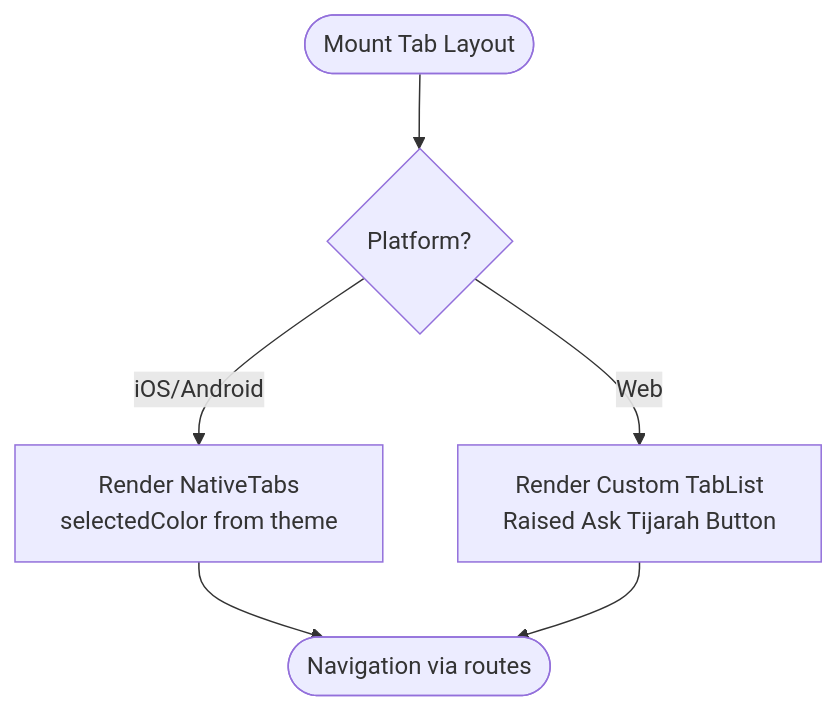
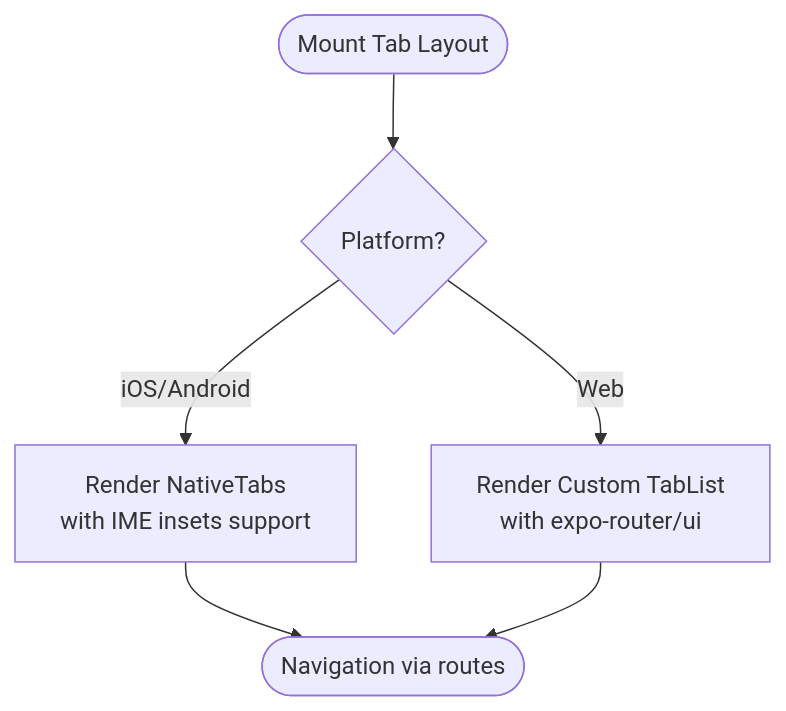
One commit to Muhammad-Masood/tijarah-ai-app changed the third of 6 diagrams in .qoder/repowiki/en/content/Platform Specifics.md. Above: the diagram before and after it, drawn with Mermaid. The commit also changed other lines of this file and 18 other files, not shown here.

````diff
--- a/.qoder/repowiki/en/content/Platform Specifics.md
+++ b/.qoder/repowiki/en/content/Platform Specifics.md
@@ -123,8 +132,8 @@
 ```mermaid
 flowchart TD
 Start(["Mount Tab Layout"]) --> Detect{"Platform?"}
-Detect --> |iOS/Android| Native["Render NativeTabs<br/>selectedColor from theme"]
-Detect --> |Web| Web["Render Custom TabList<br/>Raised Ask Tijarah Button"]
+Detect --> |iOS/Android| Native["Render NativeTabs<br/>with IME insets support"]
+Detect --> |Web| Web["Render Custom TabList<br/>with expo-router/ui"]
 Native --> End(["Navigation via routes"])
 Web --> End
 ```
````
